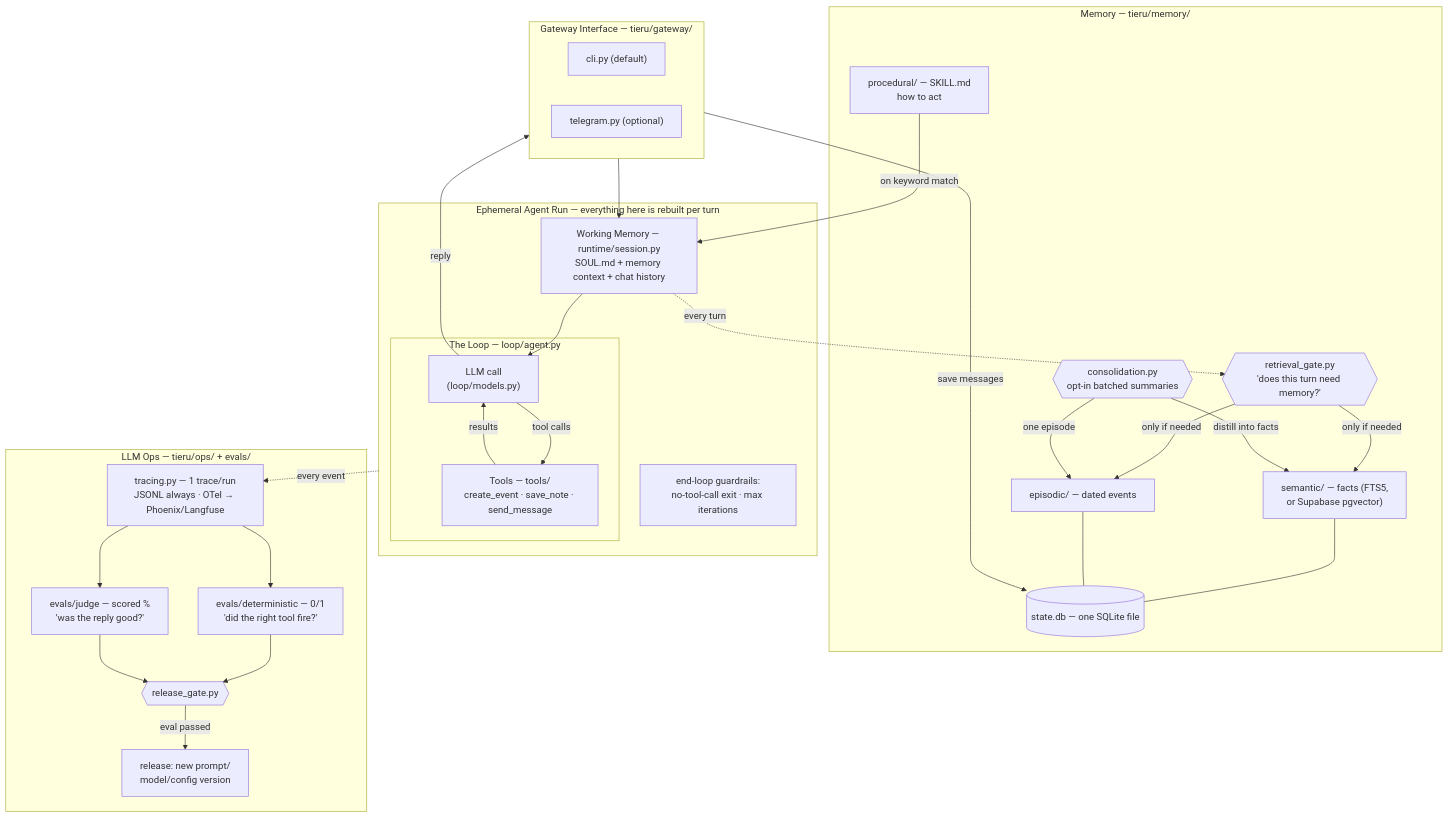
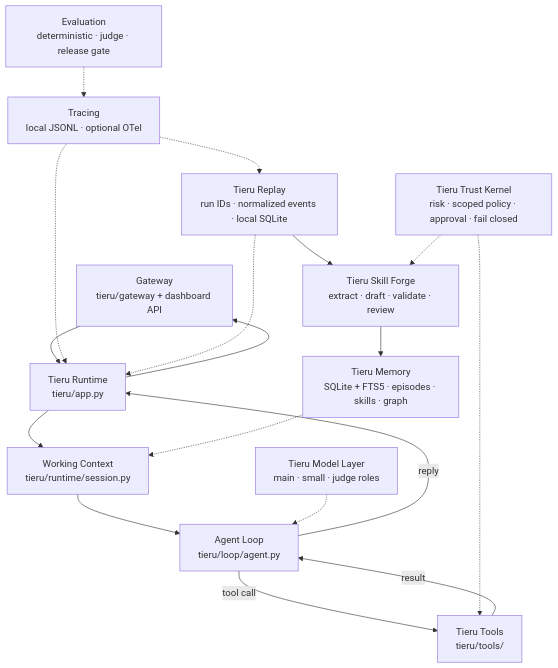
One commit to QTrieu0610/tieru-agent changed the diagram in docs/architecture.md. Above: the diagram before and after it, drawn with Mermaid. The commit also changed other lines of this file and 176 other files, not shown here.

First line of the commit message:
feat: prepare Tieru local-first public beta

````diff
--- a/docs/architecture.md
+++ b/docs/architecture.md
@@ -9,48 +12,24 @@
 ```mermaid
 flowchart TB
-    subgraph GW["Gateway Interface — tieru/gateway/"]
-        CLI["cli.py (default)"]
-        TG["telegram.py (optional)"]
-    end
+    GW["Gateway<br/>tieru/gateway + dashboard API"]
+    RT["Tieru Runtime<br/>tieru/app.py"]
+    WC["Working Context<br/>tieru/runtime/session.py"]
+    LOOP["Agent Loop<br/>tieru/loop/agent.py"]
+    TOOLS["Tieru Tools<br/>tieru/tools/"]
 
-    subgraph RUN["Ephemeral Agent Run — everything here is rebuilt per turn"]
-        WM["Working Memory — runtime/session.py<br/>SOUL.md + memory context + chat history"]
-        subgraph LOOP["The Loop — loop/agent.py"]
-            LLM["LLM call<br/>(loop/models.py)"]
-            TOOLS["Tools — tools/<br/>create_event · save_note · send_message"]
-            LLM -->|tool calls| TOOLS -->|results| LLM
-        end
-        WM --> LLM
-        GUARD["end-loop guardrails:<br/>no-tool-call exit · max iterations"]
-    end
+    GW --> RT --> WC --> LOOP
+    LOOP -->|tool call| TOOLS
+    TOOLS -->|result| LOOP
+    LOOP -->|reply| RT --> GW
 
-    GW --> WM
-    LLM -->|reply| GW
-
-    subgraph MEM["Memory — tieru/memory/"]
-        GATE{{"retrieval_gate.py<br/>'does this turn need memory?'"}}
-        PROC["procedural/ — SKILL.md<br/>how to act"]
-        SEM["semantic/ — facts (FTS5,<br/>or Supabase pgvector)"]
-        EPI["episodic/ — dated events"]
-        CONS{{"consolidation.py<br/>opt-in batched summaries"}}
-        DB[("state.db — one SQLite file")]
-    end
-
-    WM -.->|every turn| GATE
-    GATE -->|only if needed| SEM & EPI
-    PROC -->|on keyword match| WM
-    GW -->|save messages| DB
-    CONS -->|distill into facts| SEM
-    CONS -->|one episode| EPI
-    SEM & EPI --- DB
-
-    subgraph OPS["LLM Ops — tieru/ops/ + evals/"]
-        TRACE["tracing.py — 1 trace/run<br/>JSONL always · OTel → Phoenix/Langfuse"]
-        DET["evals/deterministic — 0/1<br/>'did the right tool fire?'"]
-        JUDGE["evals/judge — scored %<br/>'was the reply good?'"]
-        RGATE{{"release_gate.py"}}
-        TRACE --> DET & JUDGE --> RGATE -->|eval passed| SHIP["release: new prompt/<br/>model/config version"]
-    end
-
-    RUN -.->|every event| TRACE
+    MEM["Tieru Memory<br/>SQLite + FTS5 · episodes · skills · graph"] -.-> WC
+    MODELS["Tieru Model Layer<br/>main · small · judge roles"] -.-> LOOP
+    TRUST["Tieru Trust Kernel<br/>risk · scoped policy · approval · fail closed"] -.-> TOOLS
+    TRACE["Tracing<br/>local JSONL · optional OTel"] -.-> RT
+    REPLAY["Tieru Replay<br/>run IDs · normalized events · local SQLite"] -.-> RT
+    FORGE["Tieru Skill Forge<br/>extract · draft · validate · review"] --> MEM
+    REPLAY --> FORGE
+    TRUST -.-> FORGE
+    TRACE -.-> REPLAY
+    EVAL["Evaluation<br/>deterministic · judge · release gate"] -.-> TRACE
 ```
````
